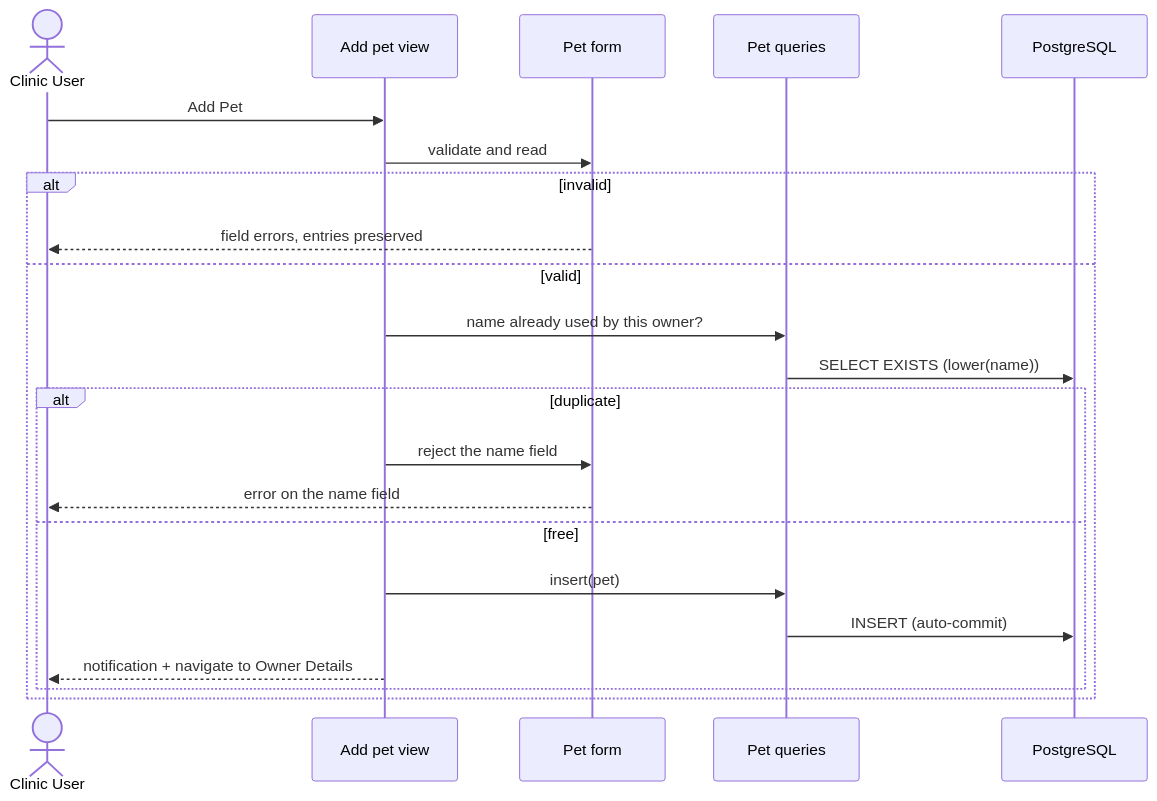
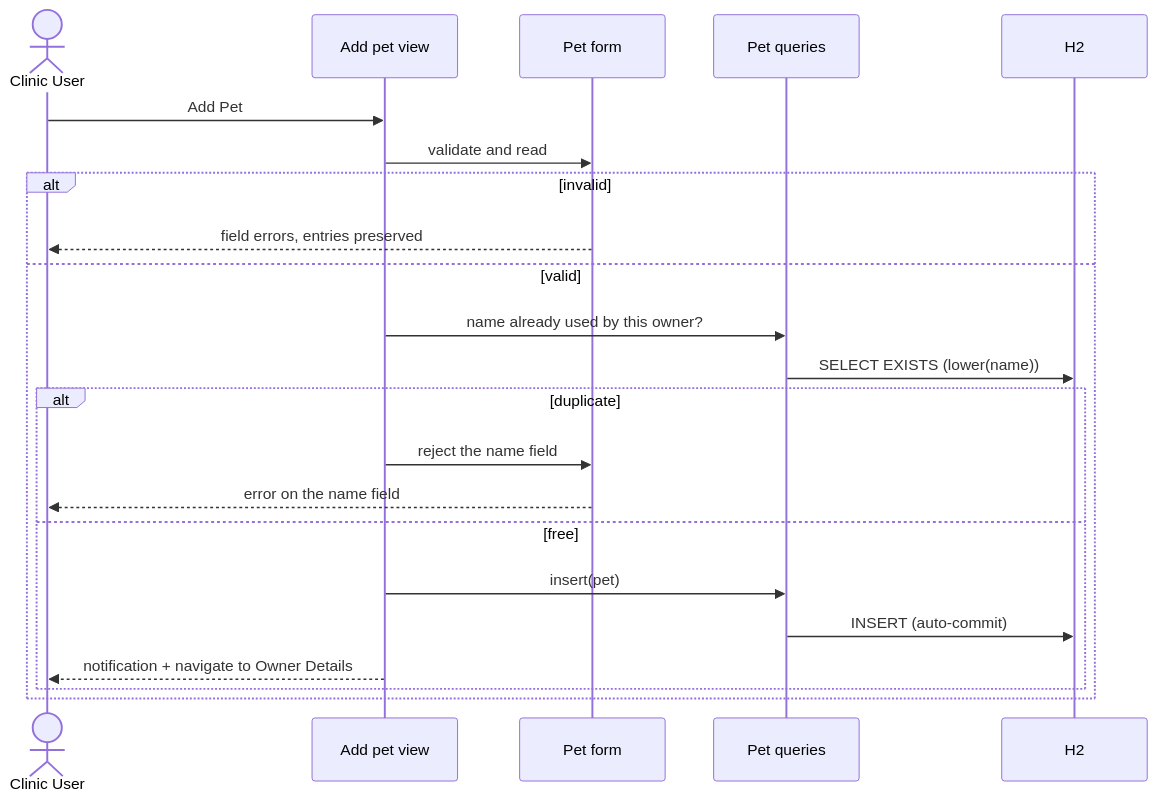
The third of 3 diagrams in docs/architecture/process.md (AI-Unified-Process/petclinic), drawn with Mermaid before and after one commit. The commit also changed other lines of this file and 10 other files, not shown here.

````diff
--- a/docs/architecture/process.md
+++ b/docs/architecture/process.md
@@ -85,25 +85,25 @@
 ```mermaid
 sequenceDiagram
     actor U as Clinic User
     participant V as Add pet view
     participant F as Pet form
     participant R as Pet queries
-    participant DB as PostgreSQL
+    participant DB as H2
 
     U->>V: Add Pet
     V->>F: validate and read
     alt invalid
         F-->>U: field errors, entries preserved
     else valid
         V->>R: name already used by this owner?
         R->>DB: SELECT EXISTS (lower(name))
         alt duplicate
             V->>F: reject the name field
             F-->>U: error on the name field
         else free
             V->>R: insert(pet)
             R->>DB: INSERT (auto-commit)
             V-->>U: notification + navigate to Owner Details
         end
     end
 ```
````
